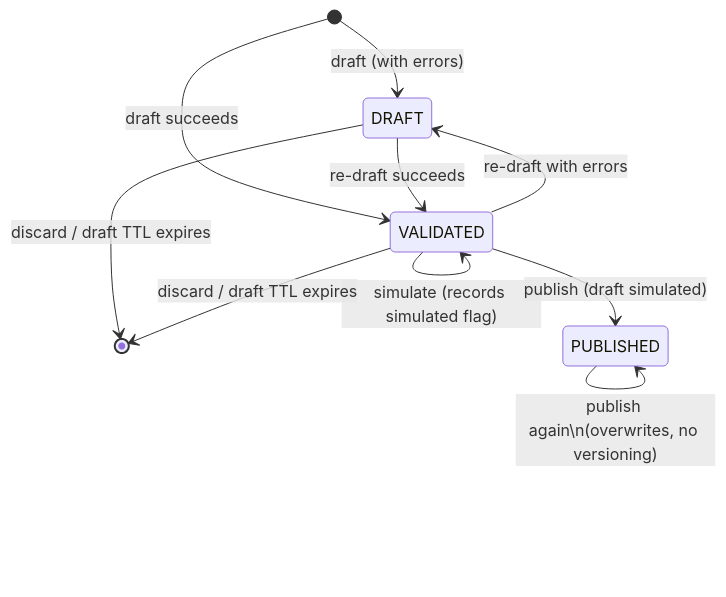
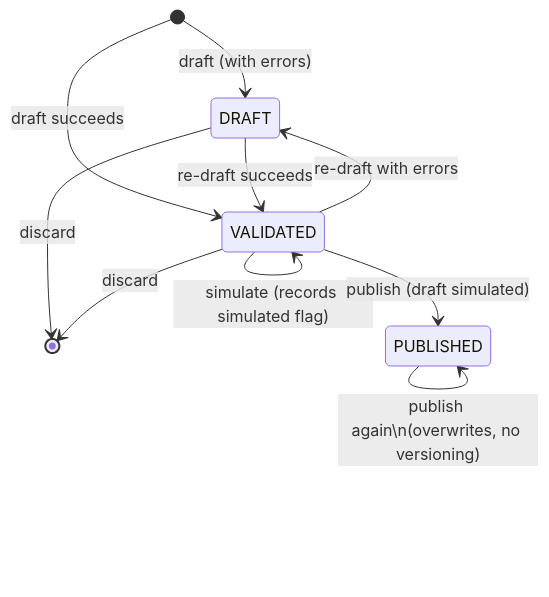
One commit to skull-sage/query-engine changed the first of 4 diagrams in docs/Policy-Compiled Query DSL Service — Implementation PRD.md. Above: the diagram before and after it, drawn with Mermaid. The commit also changed other lines of this file and 15 other files, not shown here.

````diff
--- a/docs/Policy-Compiled Query DSL Service — Implementation PRD.md
+++ b/docs/Policy-Compiled Query DSL Service — Implementation PRD.md
@@ -25,12 +25,12 @@
 ```mermaid
 stateDiagram-v2
     [*] --> DRAFT : draft (with errors)
     [*] --> VALIDATED : draft succeeds
     DRAFT --> VALIDATED : re-draft succeeds
     VALIDATED --> DRAFT : re-draft with errors
     VALIDATED --> VALIDATED : simulate (records simulated flag)
-    DRAFT --> [*] : discard / draft TTL expires
-    VALIDATED --> [*] : discard / draft TTL expires
+    DRAFT --> [*] : discard
+    VALIDATED --> [*] : discard
     VALIDATED --> PUBLISHED : publish (draft simulated)
     PUBLISHED --> PUBLISHED : publish again\n(overwrites, no versioning)
 ```
````
